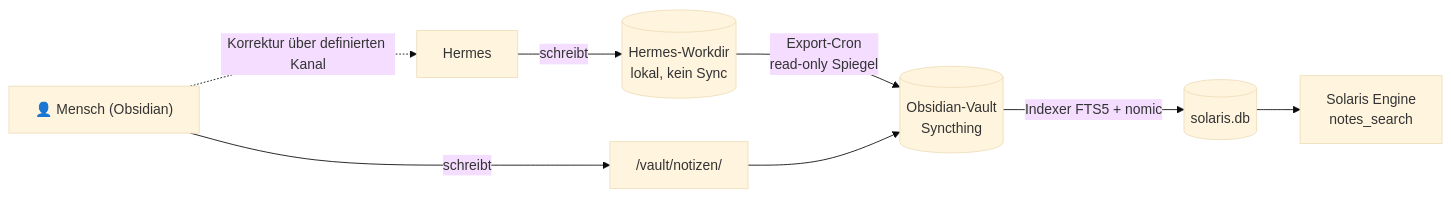
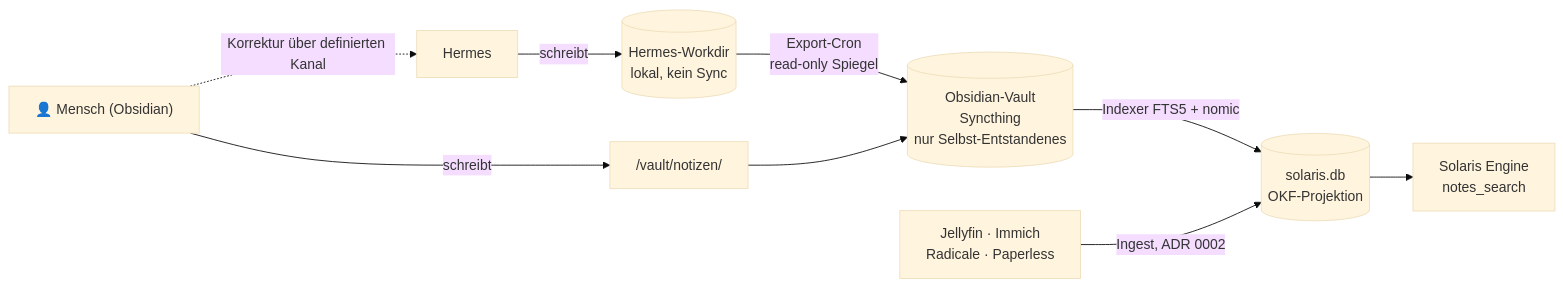
The third of 6 diagrams in docs/solaris-zielarchitektur.md (mdopp/oscar), drawn with Mermaid (base theme) before and after one commit. The commit also changed other lines of this file and 3 other files, not shown here.

````diff
--- a/docs/solaris-zielarchitektur.md
+++ b/docs/solaris-zielarchitektur.md
@@ -273,10 +324,11 @@
 ```mermaid
 flowchart LR
     H["Hermes"] -->|schreibt| HW[("Hermes-Workdir<br/>lokal, kein Sync")]
-    HW -->|Export-Cron<br/>read-only Spiegel| V[("Obsidian-Vault<br/>Syncthing")]
+    HW -->|Export-Cron<br/>read-only Spiegel| V[("Obsidian-Vault<br/>Syncthing<br/>nur Selbst-Entstandenes")]
     M["👤 Mensch (Obsidian)"] -->|schreibt| VN["/vault/notizen/"]
     VN --> V
-    V -->|Indexer FTS5 + nomic| DB[("solaris.db")]
+    V -->|Indexer FTS5 + nomic| DB[("solaris.db<br/>OKF-Projektion")]
+    EXT["Jellyfin · Immich<br/>Radicale · Paperless"] -->|Ingest, ADR 0002| DB
     DB --> S["Solaris Engine<br/>notes_search"]
     M -.->|Korrektur über definierten Kanal| H
 ```
````
